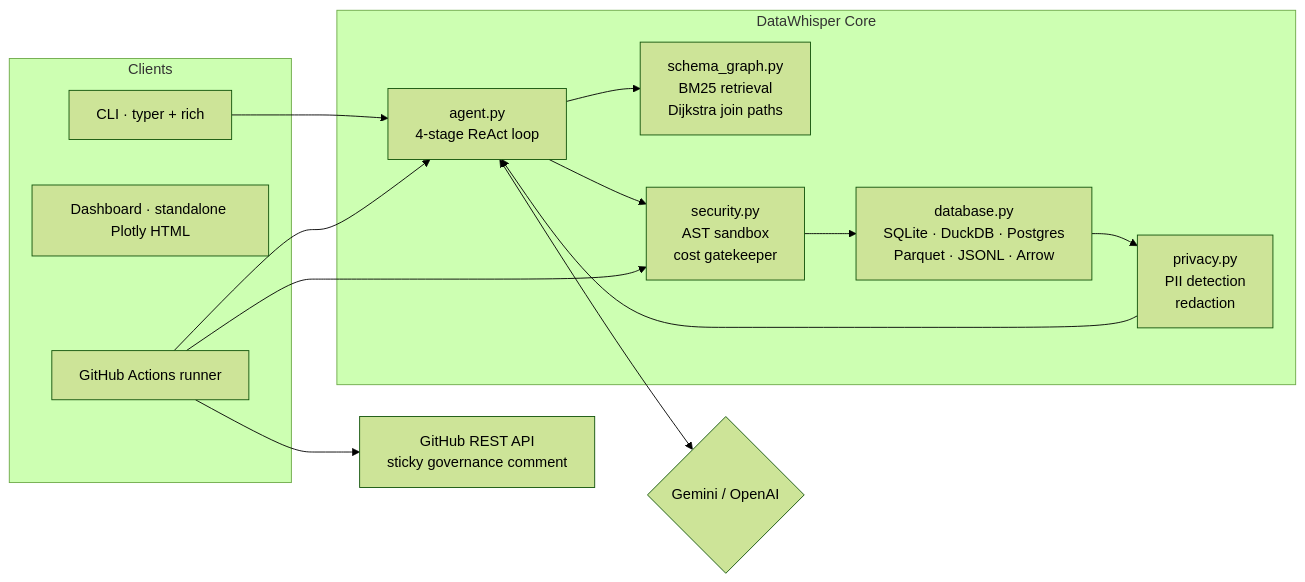
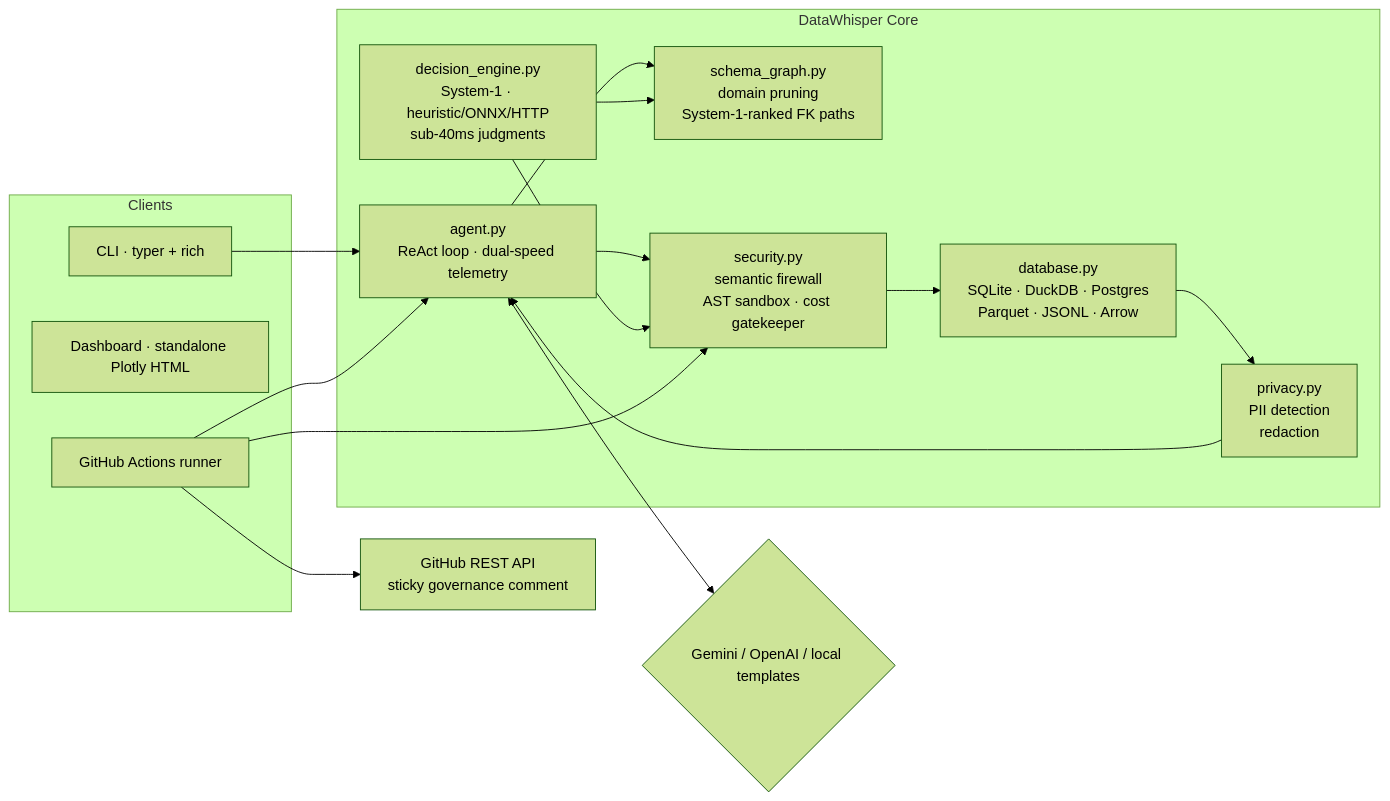
One commit to Green-tero/datawhisper changed the first of 2 diagrams in README.md. Above: the diagram before and after it, drawn with Mermaid (forest theme). The commit also changed other lines of this file, not shown here.

````diff
--- a/README.md
+++ b/README.md
@@ -44,30 +45,33 @@
 ```mermaid
 flowchart LR
     subgraph Clients
         CLI["CLI · typer + rich"]
         DASH["Dashboard · standalone Plotly HTML"]
         GHA["GitHub Actions runner"]
     end
 
     subgraph Core["DataWhisper Core"]
-        GRAPH["schema_graph.py<br/>BM25 retrieval<br/>Dijkstra join paths"]
-        AGENT["agent.py<br/>4-stage ReAct loop"]
-        SEC["security.py<br/>AST sandbox<br/>cost gatekeeper"]
+        DEC["decision_engine.py<br/>System-1 · heuristic/ONNX/HTTP<br/>sub-40ms judgments"]
+        GRAPH["schema_graph.py<br/>domain pruning<br/>System-1-ranked FK paths"]
+        AGENT["agent.py<br/>ReAct loop · dual-speed telemetry"]
+        SEC["security.py<br/>semantic firewall<br/>AST sandbox · cost gatekeeper"]
         PRIV["privacy.py<br/>PII detection<br/>redaction"]
         DB["database.py<br/>SQLite · DuckDB · Postgres<br/>Parquet · JSONL · Arrow"]
     end
 
-    LLM{"Gemini / OpenAI"}
+    LLM{"Gemini / OpenAI / local templates"}
     GH["GitHub REST API<br/>sticky governance comment"]
 
     CLI --> AGENT
     GHA --> AGENT
     AGENT --> GRAPH
     AGENT --> SEC
+    DEC --> SEC
+    DEC --> GRAPH
     SEC --> DB
     DB --> PRIV
     PRIV --> AGENT
     AGENT <--> LLM
     GHA --> SEC
     GHA --> GH
 ```
````
